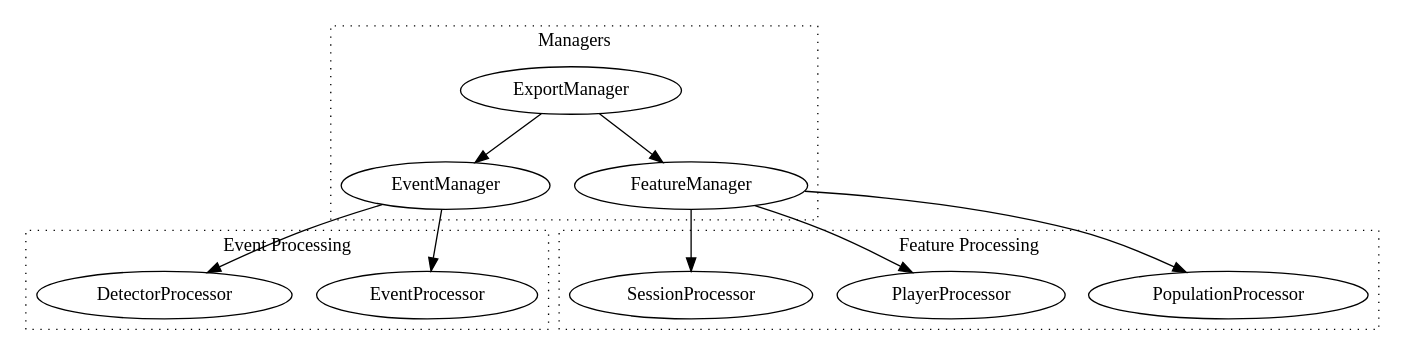
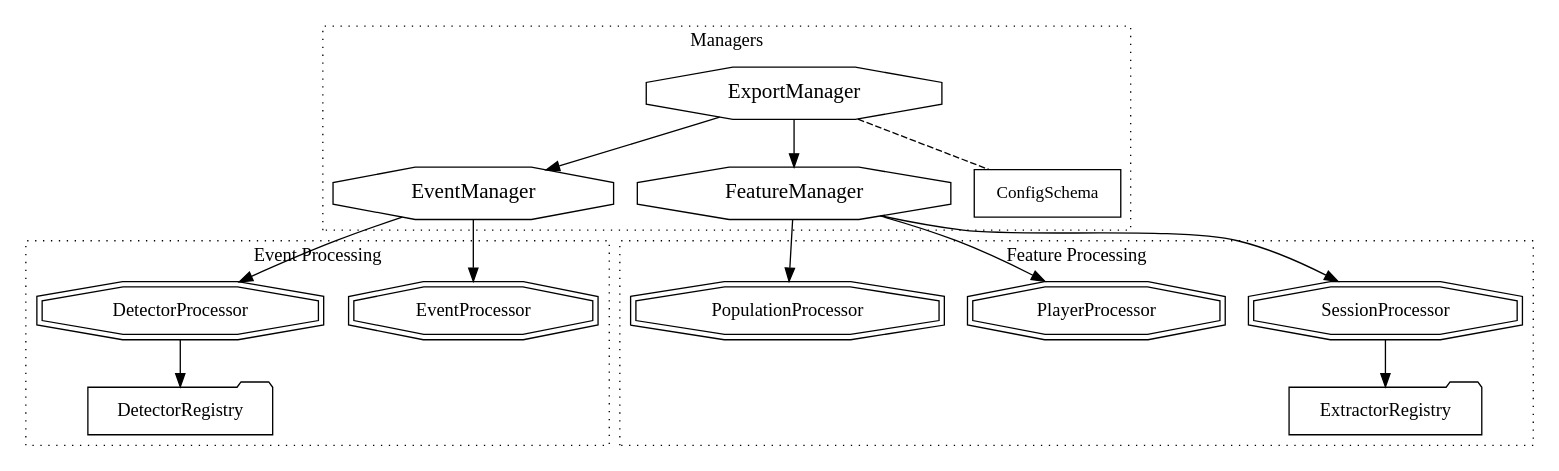
One commit to opengamedata/opengamedata-doc changed the diagram in src/architecture/overview/architecture.dot. Above: the diagram before and after it, drawn with Graphviz. The commit also changed 1 other file, not shown here.

Commit message:
More wip stuff for describing processing architecture.

```diff
--- a/src/architecture/overview/architecture.dot
+++ b/src/architecture/overview/architecture.dot
@@ -1,19 +1,47 @@
 strict digraph buzz {
+      // Defining nodes
+      subgraph managers {
+            node [shape=octagon fontsize=16]
+            exp_mgr [label="ExportManager"]
+            evt_mgr [label="EventManager"]
+            feat_mgr [label="FeatureManager"]
+      }
+      subgraph processors {
+            node [shape=doubleoctagon]
+            evt_proc [label="EventProcessor"]
+            det_proc [label="DetectorProcessor"]
+            sess_proc [label="SessionProcessor"]
+            play_proc [label="PlayerProcessor"]
+            pop_proc [label="PopulationProcessor"]
+      }
+      subgraph registries {
+            node [shape=folder]
+            det_reg [label="DetectorRegistry"]
+            feat_reg [label="ExtractorRegistry"]
+      }
+      subgraph others{
+            node [shape=box fontsize=13]
+            config [label="ConfigSchema"]
+      }
+      // grouping nodes
       subgraph cluster_managers {
-            "ExportManager" -> {"EventManager", "FeatureManager"};
+            exp_mgr -> {evt_mgr, feat_mgr};
+            exp_mgr -> config [dir=none style=dashed]
             label="Managers"
             graph[style=dotted]
       }
+      evt_mgr -> {evt_proc, det_proc}
       subgraph cluster_evt_processors {
-            "EventProcessor"; "DetectorProcessor";
             label="Event Processing"
+            evt_proc;
+            det_proc -> det_reg;
             graph[style=dotted]
       }
-      "EventManager" -> {"EventProcessor", "DetectorProcessor"}
+      feat_mgr -> {pop_proc, play_proc, sess_proc}
       subgraph cluster_feat_processors {
-            "PopulationProcessor"; "PlayerProcessor"; "SessionProcessor";
             label="Feature Processing"
+            pop_proc; play_proc;
+            sess_proc -> feat_reg;
             graph[style=dotted]
       }
-      "FeatureManager" -> {"PopulationProcessor", "PlayerProcessor", "SessionProcessor"}
    }
```
